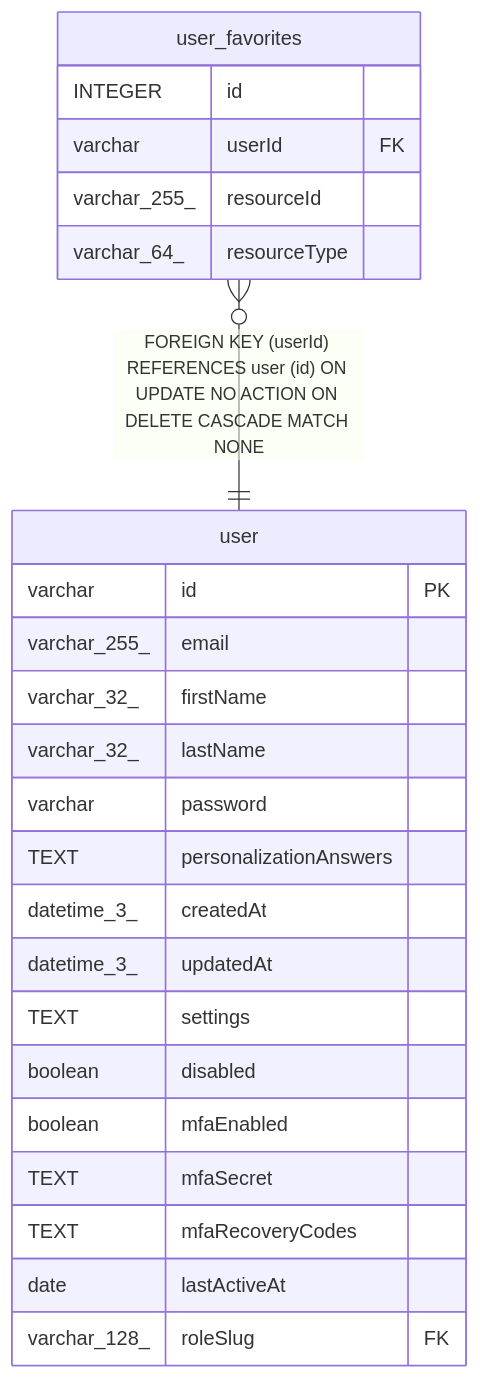
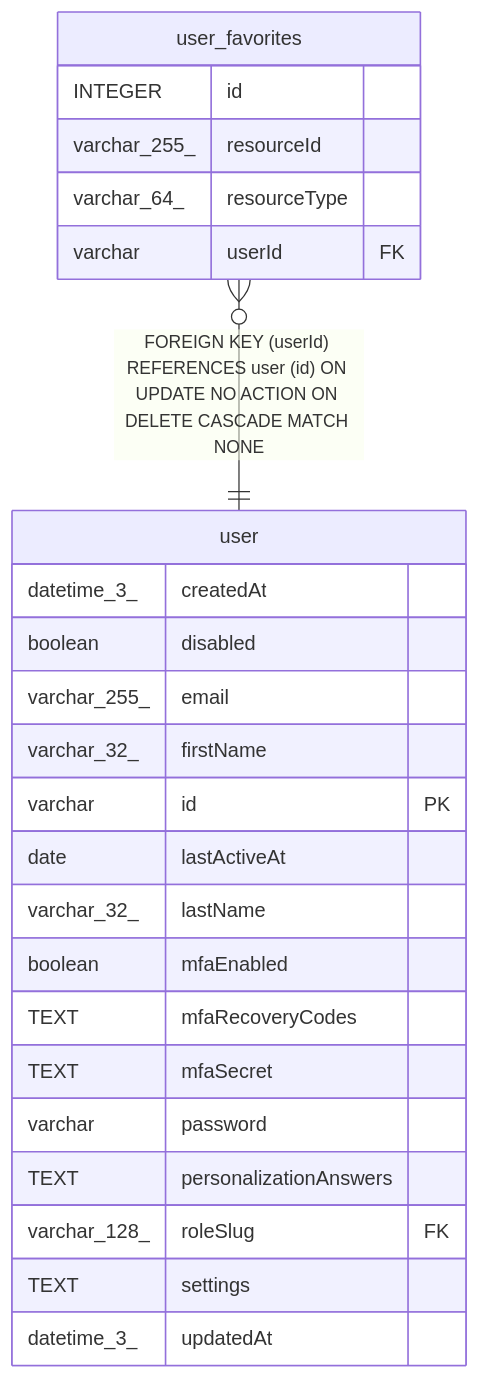
The diagram in docs/generated/sqlite-schema/user_favorites.md (mayankjain1815-commits/n8n), drawn with Mermaid before and after one commit. The commit also changed other lines of this file and 221 other files, not shown here.

Commit message:
chore(core): Make DB schema docs generation deterministic (#32373)

````diff
--- a/docs/generated/sqlite-schema/user_favorites.md
+++ b/docs/generated/sqlite-schema/user_favorites.md
@@ -41,29 +41,29 @@
 ```mermaid
 erDiagram
 
 "user_favorites" }o--|| "user" : "FOREIGN KEY (userId) REFERENCES user (id) ON UPDATE NO ACTION ON DELETE CASCADE MATCH NONE"
 
 "user_favorites" {
   INTEGER id
-  varchar userId FK
   varchar_255_ resourceId
   varchar_64_ resourceType
+  varchar userId FK
 }
 "user" {
-  varchar id PK
+  datetime_3_ createdAt
+  boolean disabled
   varchar_255_ email
   varchar_32_ firstName
+  varchar id PK
+  date lastActiveAt
   varchar_32_ lastName
+  boolean mfaEnabled
+  TEXT mfaRecoveryCodes
+  TEXT mfaSecret
   varchar password
   TEXT personalizationAnswers
-  datetime_3_ createdAt
+  varchar_128_ roleSlug FK
+  TEXT settings
   datetime_3_ updatedAt
-  TEXT settings
-  boolean disabled
-  boolean mfaEnabled
-  TEXT mfaSecret
-  TEXT mfaRecoveryCodes
-  date lastActiveAt
-  varchar_128_ roleSlug FK
 }
 ```
````
